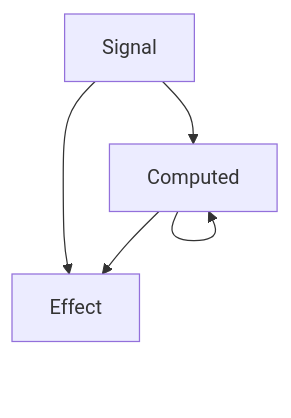
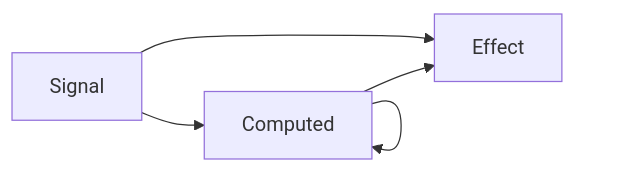
The diagram in README.md (rodydavis/signals.dart), drawn with Mermaid before and after one commit.

````diff
--- a/README.md
+++ b/README.md
@@ -20,7 +20,7 @@
 ```mermaid
-  graph TD;
+  graph LR;
       Signal-->Computed;
       Computed-->Computed;
       Computed-->Effect;
       Signal-->Effect;
 ```
````
